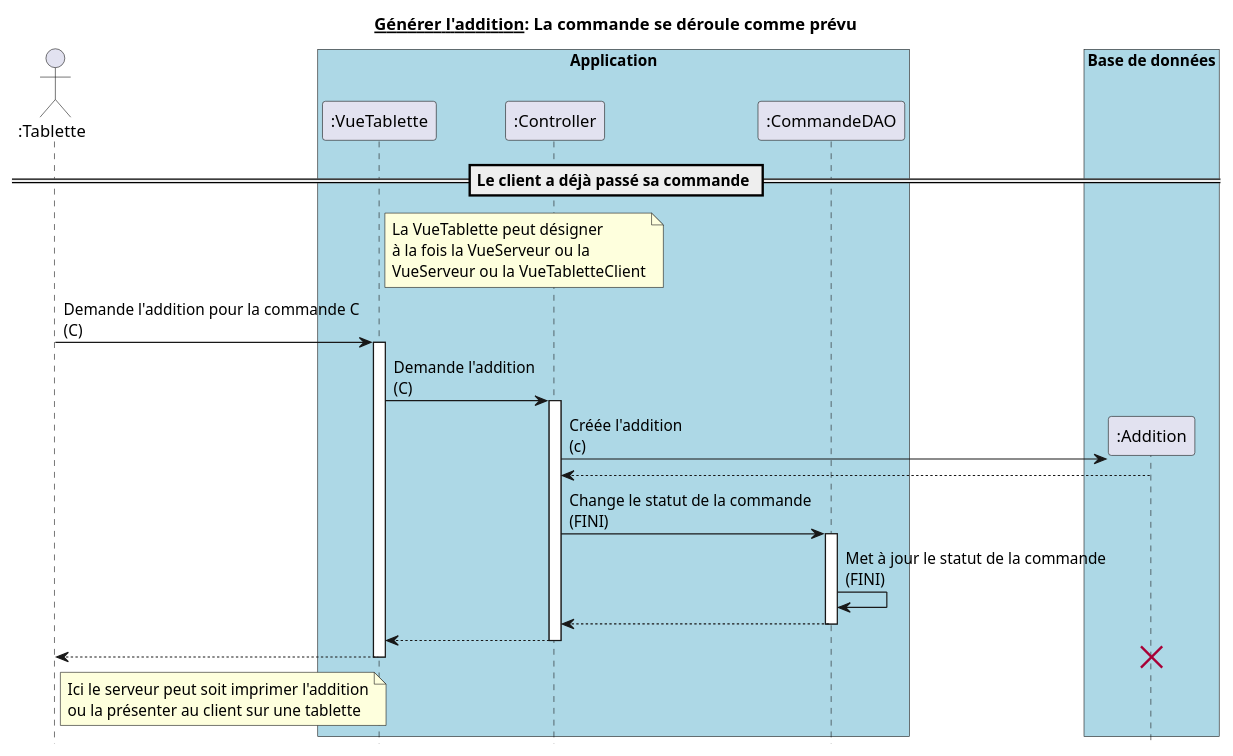
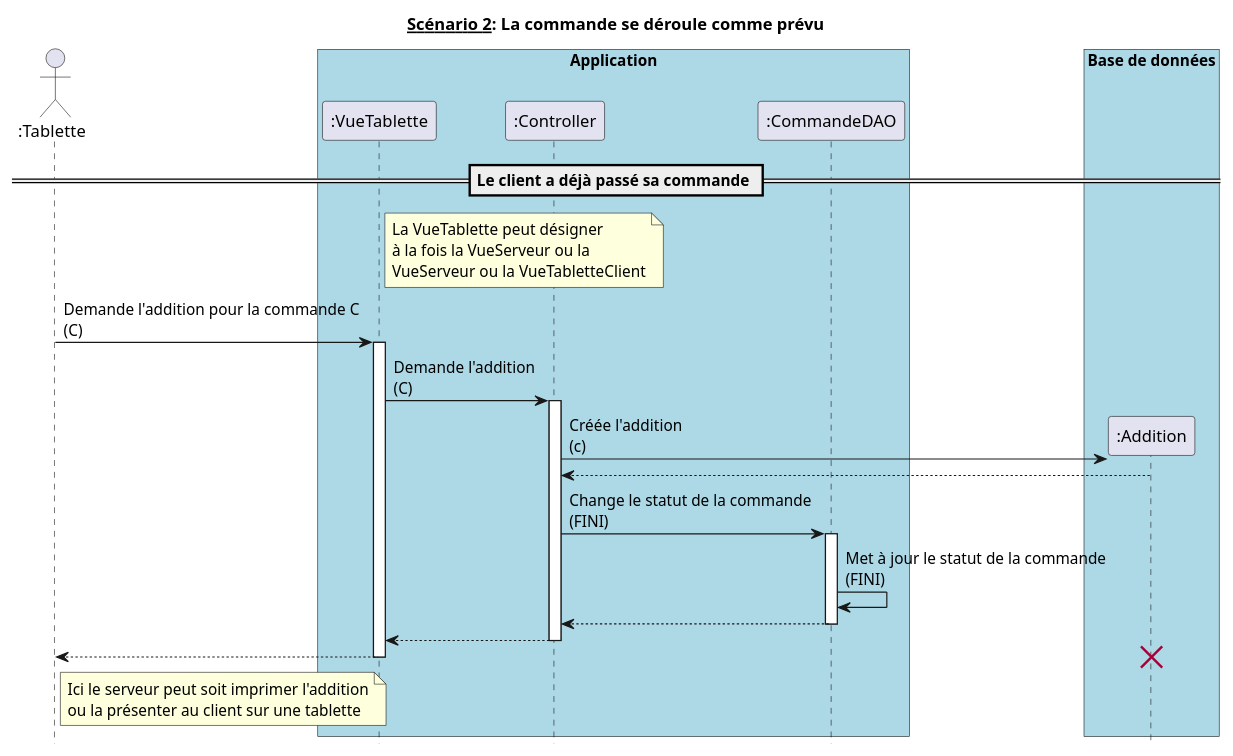
Before and after one commit to hulskenA/GL-Les_seigneurs_du_resto: the diagram in diagrammes_sequences_detailles/dss2.md, drawn with PlantUML. The commit also changed 2 other files, not shown here.

Commit message:
fix(release): reload pdf

````diff
--- a/diagrammes_sequences_detailles/dss2.md
+++ b/diagrammes_sequences_detailles/dss2.md
@@ -1,55 +1,55 @@
 ```puml
 @startuml
 hide footbox
-title __Générer l'addition__: La commande se déroule comme prévu
+title __Scénario 2__: La commande se déroule comme prévu
 
 actor ":Tablette" as Tablette order 10
 
 box "Application" #Lightblue
   participant ":VueTablette" as VueTablette order 30
   participant ":Controller" as Controller order 40
   participant ":CommandeDAO" as CommandeDAO order 60
 endbox
 
 box "Base de données" #Lightblue
   participant ":Addition" as Addition order 70
 endbox
 
 == Le client a déjà passé sa commande ==
 
 note right VueTablette
   La VueTablette peut désigner
   à la fois la VueServeur ou la
   VueServeur ou la VueTabletteClient
 end note
 
 Tablette -> VueTablette : Demande l'addition pour la commande C\n(C)
 activate VueTablette
 
 VueTablette -> Controller : Demande l'addition\n(C)
 activate Controller
 
 create Addition
 Controller -> Addition : Créée l'addition\n(c)
 Controller <-- Addition
 
 Controller -> CommandeDAO : Change le statut de la commande\n(FINI)
 activate CommandeDAO
 CommandeDAO -> CommandeDAO : Met à jour le statut de la commande\n(FINI)
 CommandeDAO --> Controller
 deactivate CommandeDAO
 
 Controller --> VueTablette
 deactivate Controller
 
 VueTablette --> Tablette
 deactivate VueTablette
 
 note right Tablette
   Ici le serveur peut soit imprimer l'addition
   ou la présenter au client sur une tablette
 end note
 destroy Addition
 
 @enduml
 ```
````
